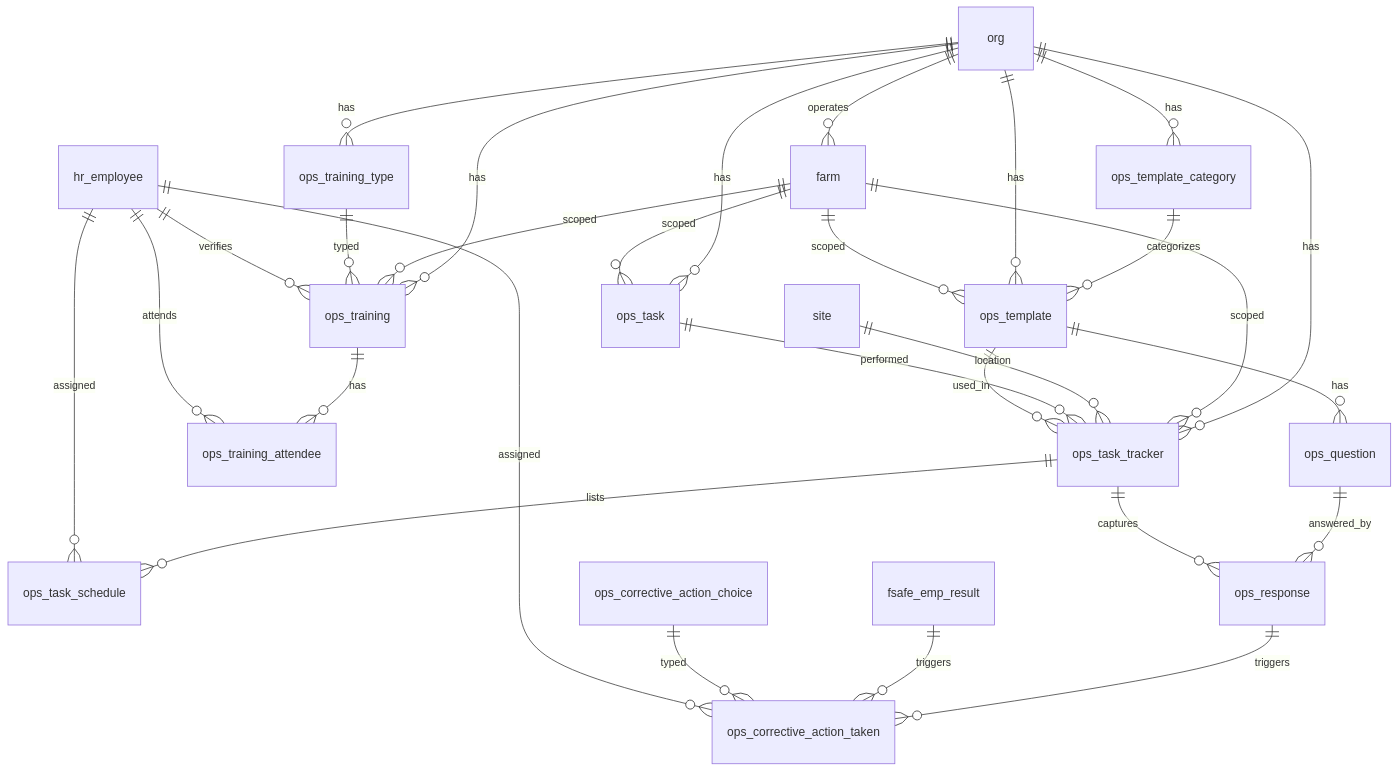
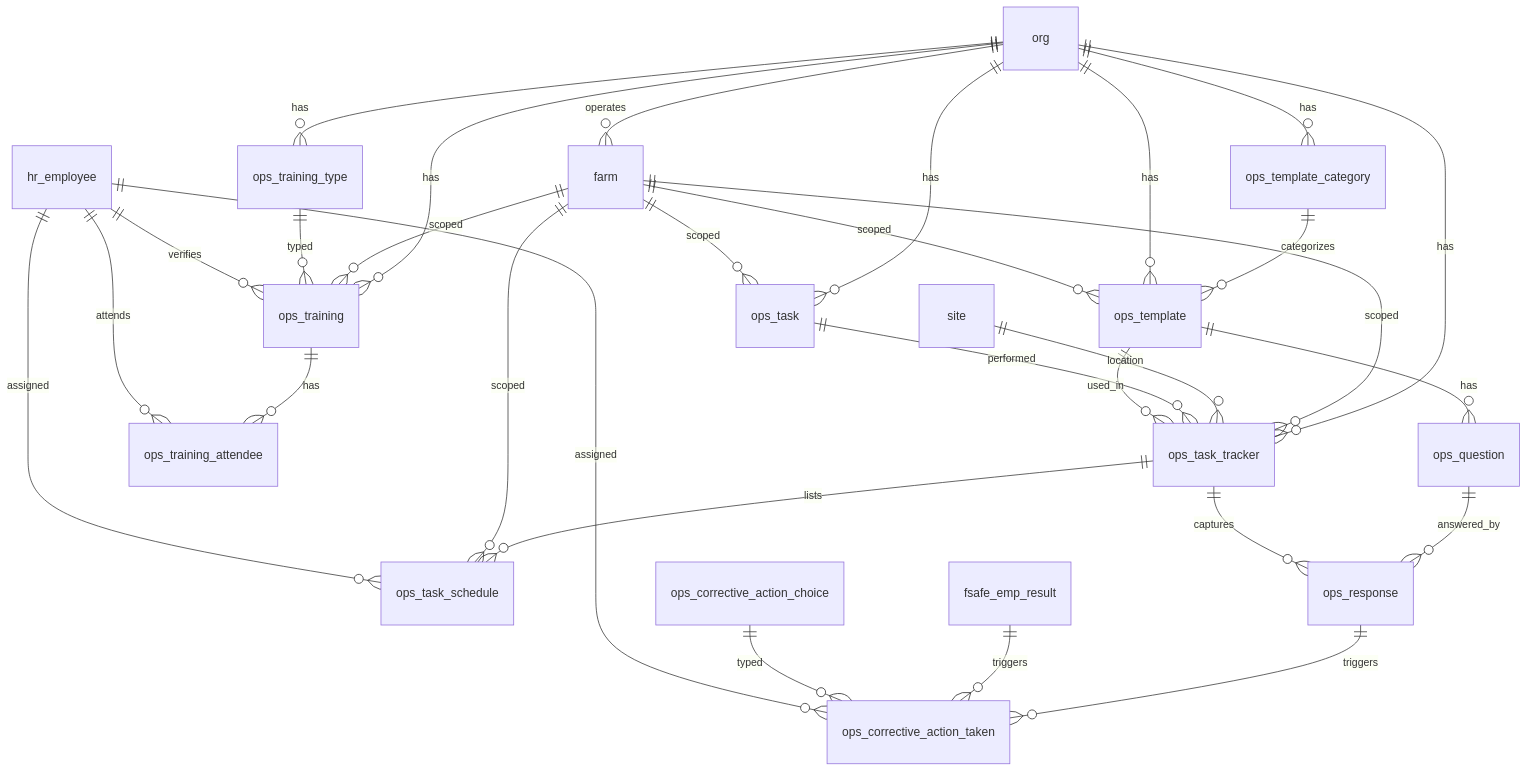
The diagram in docs/schemas/20260319_04_ops.md (Hawaii-Farming/aloha-app), drawn with Mermaid before and after one commit. The commit also changed 4 other files, not shown here.

````diff
--- a/docs/schemas/20260319_04_ops.md
+++ b/docs/schemas/20260319_04_ops.md
@@ -9,33 +9,34 @@
 ```mermaid
 erDiagram
     org ||--o{ farm : operates
     org ||--o{ ops_task : has
     farm ||--o{ ops_task : scoped
     org ||--o{ ops_task_tracker : has
     farm ||--o{ ops_task_tracker : scoped
     site ||--o{ ops_task_tracker : location
     ops_task ||--o{ ops_task_tracker : performed
     ops_template ||--o{ ops_task_tracker : used_in
     ops_task_tracker ||--o{ ops_task_schedule : lists
+    farm ||--o{ ops_task_schedule : scoped
     hr_employee ||--o{ ops_task_schedule : assigned
 
     org ||--o{ ops_training_type : has
     org ||--o{ ops_training : has
     farm ||--o{ ops_training : scoped
     ops_training_type ||--o{ ops_training : typed
     hr_employee ||--o{ ops_training : verifies
     ops_training ||--o{ ops_training_attendee : has
     hr_employee ||--o{ ops_training_attendee : attends
 
     org ||--o{ ops_template_category : has
     ops_template_category ||--o{ ops_template : categorizes
     org ||--o{ ops_template : has
     farm ||--o{ ops_template : scoped
     ops_template ||--o{ ops_question : has
     ops_question ||--o{ ops_response : answered_by
     ops_task_tracker ||--o{ ops_response : captures
     ops_response ||--o{ ops_corrective_action_taken : triggers
     fsafe_emp_result ||--o{ ops_corrective_action_taken : triggers
     ops_corrective_action_choice ||--o{ ops_corrective_action_taken : typed
     hr_employee ||--o{ ops_corrective_action_taken : assigned
 ```
````
